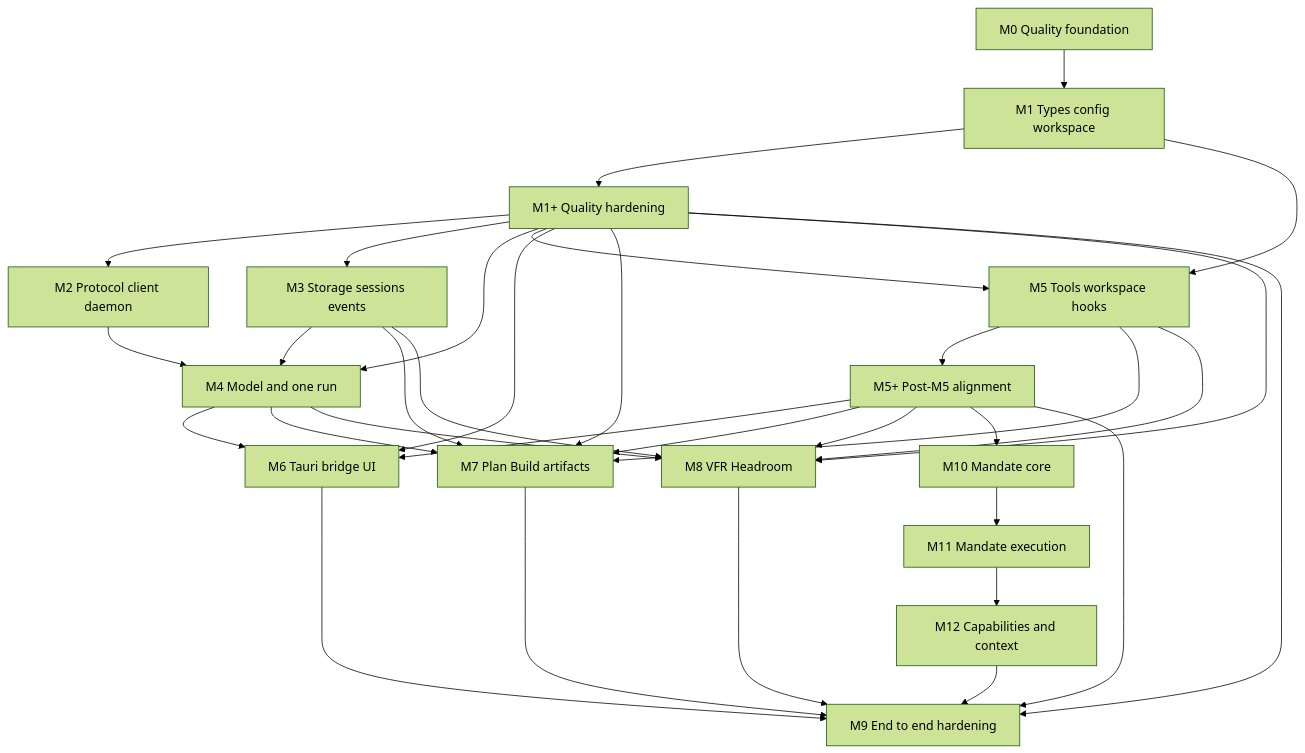
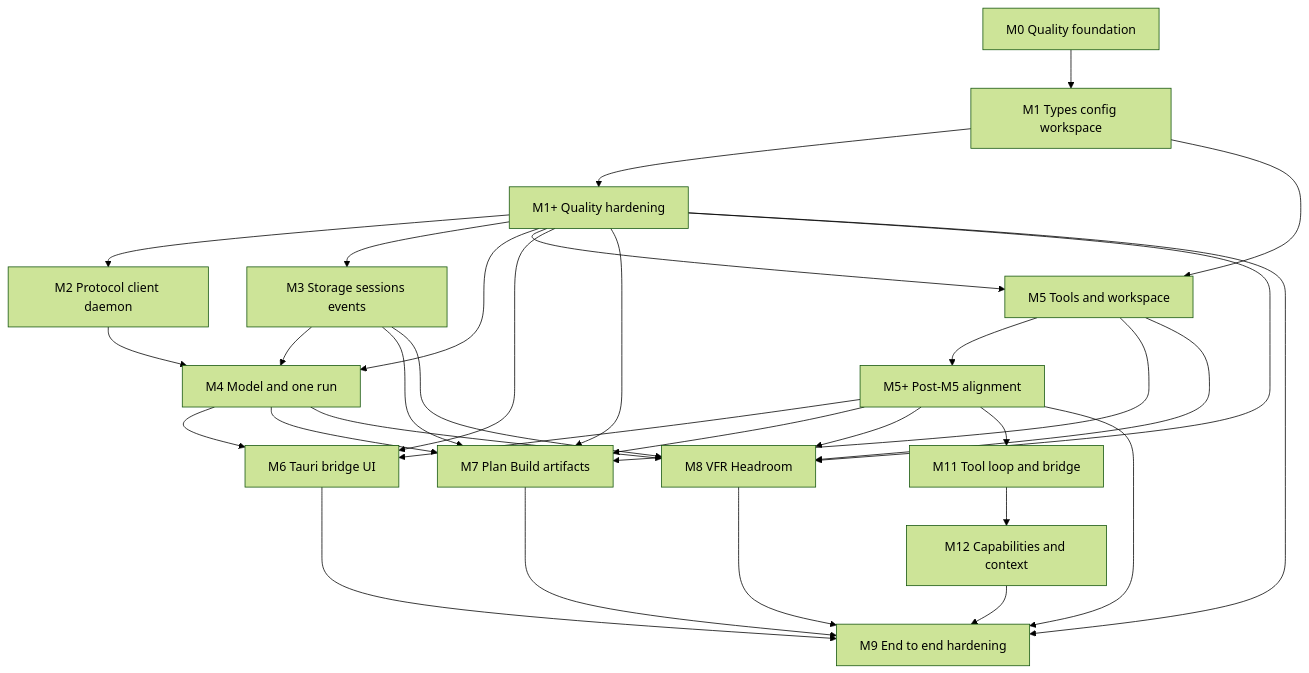
One commit to y0tsy/intention-relay changed the diagram in docs/intention-relay/architecture/11-implementation-roadmap.md. Above: the diagram before and after it, drawn with Mermaid (forest theme). The commit also changed other lines of this file and 288 other files, not shown here.

````diff
--- a/docs/intention-relay/architecture/11-implementation-roadmap.md
+++ b/docs/intention-relay/architecture/11-implementation-roadmap.md
@@ -20,35 +26,34 @@
 ```mermaid
 flowchart TD
   Q[M0 Quality foundation] --> A[M1 Types config workspace]
   A --> P[M1+ Quality hardening]
   P --> B[M2 Protocol client daemon]
   P --> C[M3 Storage sessions events]
   P --> D[M4 Model and one run]
-  P --> E[M5 Tools workspace hooks]
+  P --> E[M5 Tools and workspace]
   E --> K[M5+ Post-M5 alignment]
   K --> F[M6 Tauri bridge UI]
   K --> G[M7 Plan Build artifacts]
   K --> H[M8 VFR Headroom]
-  K --> J[M10 Mandate core]
-  J --> M[M11 Mandate execution]
+  K --> M[M11 Tool loop and bridge]
   M --> N[M12 Capabilities and context]
   K --> I[M9 End to end hardening]
   P --> F[M6 Tauri bridge UI]
   P --> G[M7 Plan Build artifacts]
   P --> H[M8 VFR Headroom]
   P --> I[M9 End to end hardening]
   B --> D
   C --> D
   A --> E
   D --> F
   E --> G
   C --> G
   D --> G
   E --> H
   C --> H
   D --> H
   F --> I
   G --> I
   H --> I
   N --> I
 ```
````
